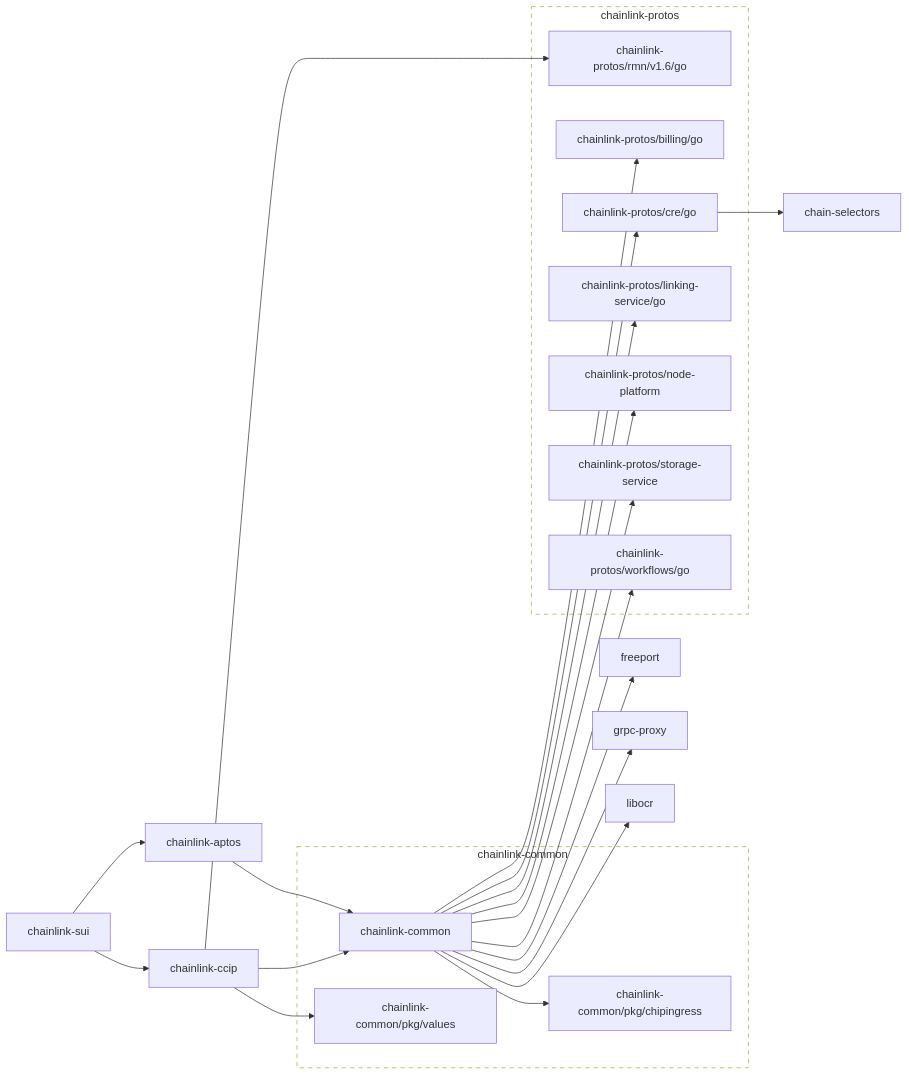
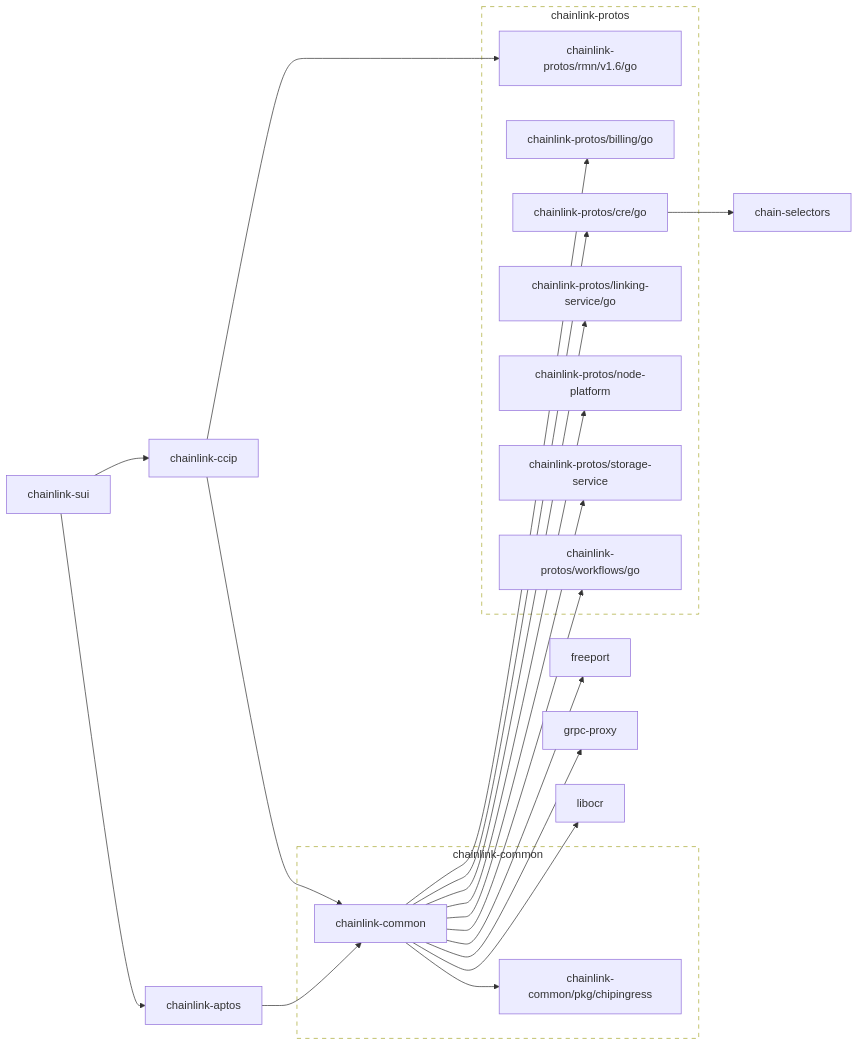
One commit to smartcontractkit/chainlink-sui changed the first of 2 diagrams in go.md. Above: the diagram before and after it, drawn with Mermaid. The commit also changed other lines of this file, not shown here.

````diff
--- a/go.md
+++ b/go.md
@@ -3,71 +3,67 @@
 ```mermaid
 flowchart LR
 
 	chain-selectors
 	click chain-selectors href "https://github.com/smartcontractkit/chain-selectors"
 	chainlink-aptos --> chainlink-common
 	click chainlink-aptos href "https://github.com/smartcontractkit/chainlink-aptos"
 	chainlink-ccip --> chainlink-common
-	chainlink-ccip --> chainlink-common/pkg/values
 	chainlink-ccip --> chainlink-protos/rmn/v1.6/go
 	click chainlink-ccip href "https://github.com/smartcontractkit/chainlink-ccip"
 	chainlink-common --> chainlink-common/pkg/chipingress
 	chainlink-common --> chainlink-protos/billing/go
 	chainlink-common --> chainlink-protos/cre/go
 	chainlink-common --> chainlink-protos/linking-service/go
 	chainlink-common --> chainlink-protos/node-platform
 	chainlink-common --> chainlink-protos/storage-service
 	chainlink-common --> chainlink-protos/workflows/go
 	chainlink-common --> freeport
 	chainlink-common --> grpc-proxy
 	chainlink-common --> libocr
 	click chainlink-common href "https://github.com/smartcontractkit/chainlink-common"
 	chainlink-common/pkg/chipingress
 	click chainlink-common/pkg/chipingress href "https://github.com/smartcontractkit/chainlink-common"
-	chainlink-common/pkg/values
-	click chainlink-common/pkg/values href "https://github.com/smartcontractkit/chainlink-common"
 	chainlink-protos/billing/go
 	click chainlink-protos/billing/go href "https://github.com/smartcontractkit/chainlink-protos"
 	chainlink-protos/cre/go --> chain-selectors
 	click chainlink-protos/cre/go href "https://github.com/smartcontractkit/chainlink-protos"
 	chainlink-protos/linking-service/go
 	click chainlink-protos/linking-service/go href "https://github.com/smartcontractkit/chainlink-protos"
 	chainlink-protos/node-platform
 	click chainlink-protos/node-platform href "https://github.com/smartcontractkit/chainlink-protos"
 	chainlink-protos/rmn/v1.6/go
 	click chainlink-protos/rmn/v1.6/go href "https://github.com/smartcontractkit/chainlink-protos"
 	chainlink-protos/storage-service
 	click chainlink-protos/storage-service href "https://github.com/smartcontractkit/chainlink-protos"
 	chainlink-protos/workflows/go
 	click chainlink-protos/workflows/go href "https://github.com/smartcontractkit/chainlink-protos"
 	chainlink-sui --> chainlink-aptos
 	chainlink-sui --> chainlink-ccip
 	click chainlink-sui href "https://github.com/smartcontractkit/chainlink-sui"
 	freeport
 	click freeport href "https://github.com/smartcontractkit/freeport"
 	grpc-proxy
 	click grpc-proxy href "https://github.com/smartcontractkit/grpc-proxy"
 	libocr
 	click libocr href "https://github.com/smartcontractkit/libocr"
 
 	subgraph chainlink-common-repo[chainlink-common]
 		 chainlink-common
 		 chainlink-common/pkg/chipingress
-		 chainlink-common/pkg/values
 	end
 	click chainlink-common-repo href "https://github.com/smartcontractkit/chainlink-common"
 
 	subgraph chainlink-protos-repo[chainlink-protos]
 		 chainlink-protos/billing/go
 		 chainlink-protos/cre/go
 		 chainlink-protos/linking-service/go
 		 chainlink-protos/node-platform
 		 chainlink-protos/rmn/v1.6/go
 		 chainlink-protos/storage-service
 		 chainlink-protos/workflows/go
 	end
 	click chainlink-protos-repo href "https://github.com/smartcontractkit/chainlink-protos"
 
 	classDef outline stroke-dasharray:6,fill:none;
 	class chainlink-common-repo,chainlink-protos-repo outline
 ```
````
